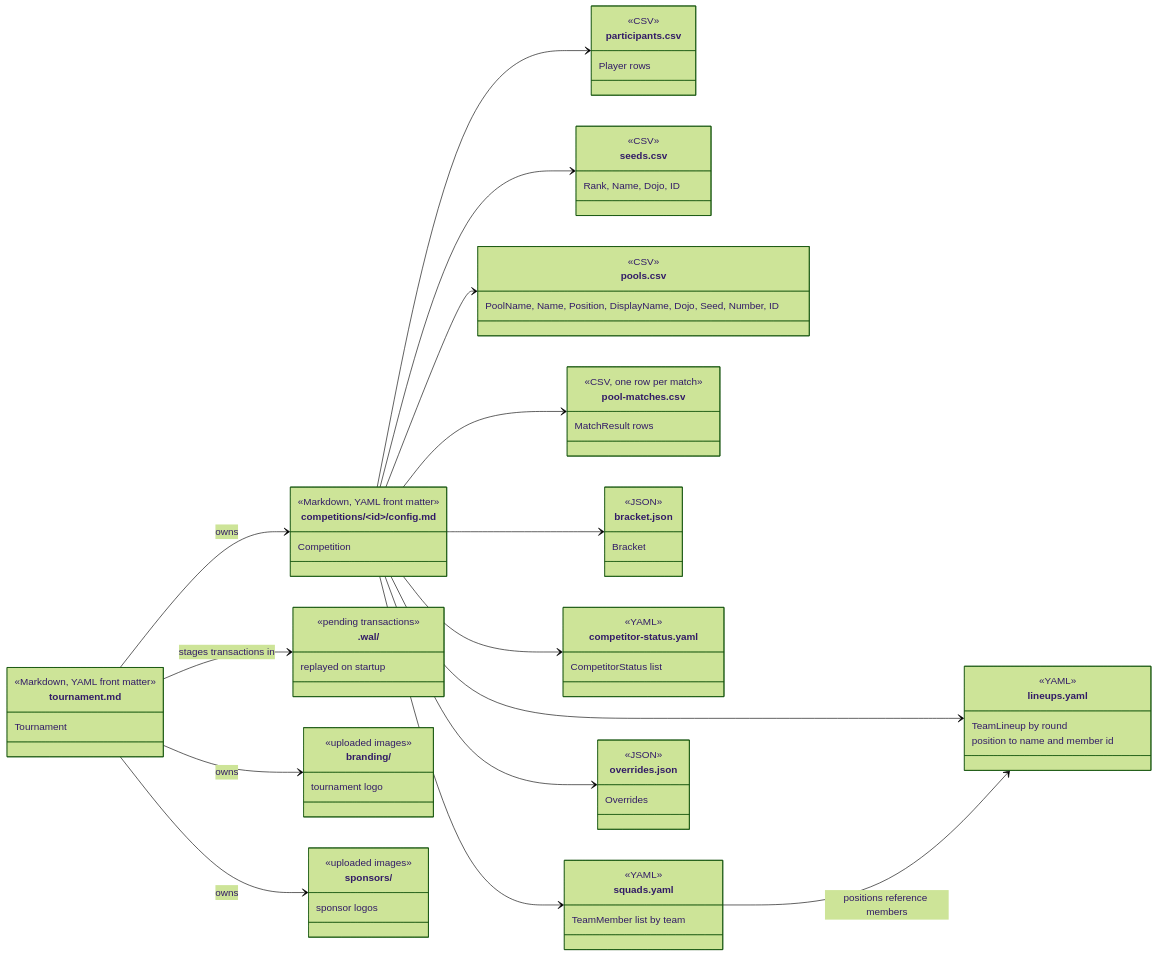
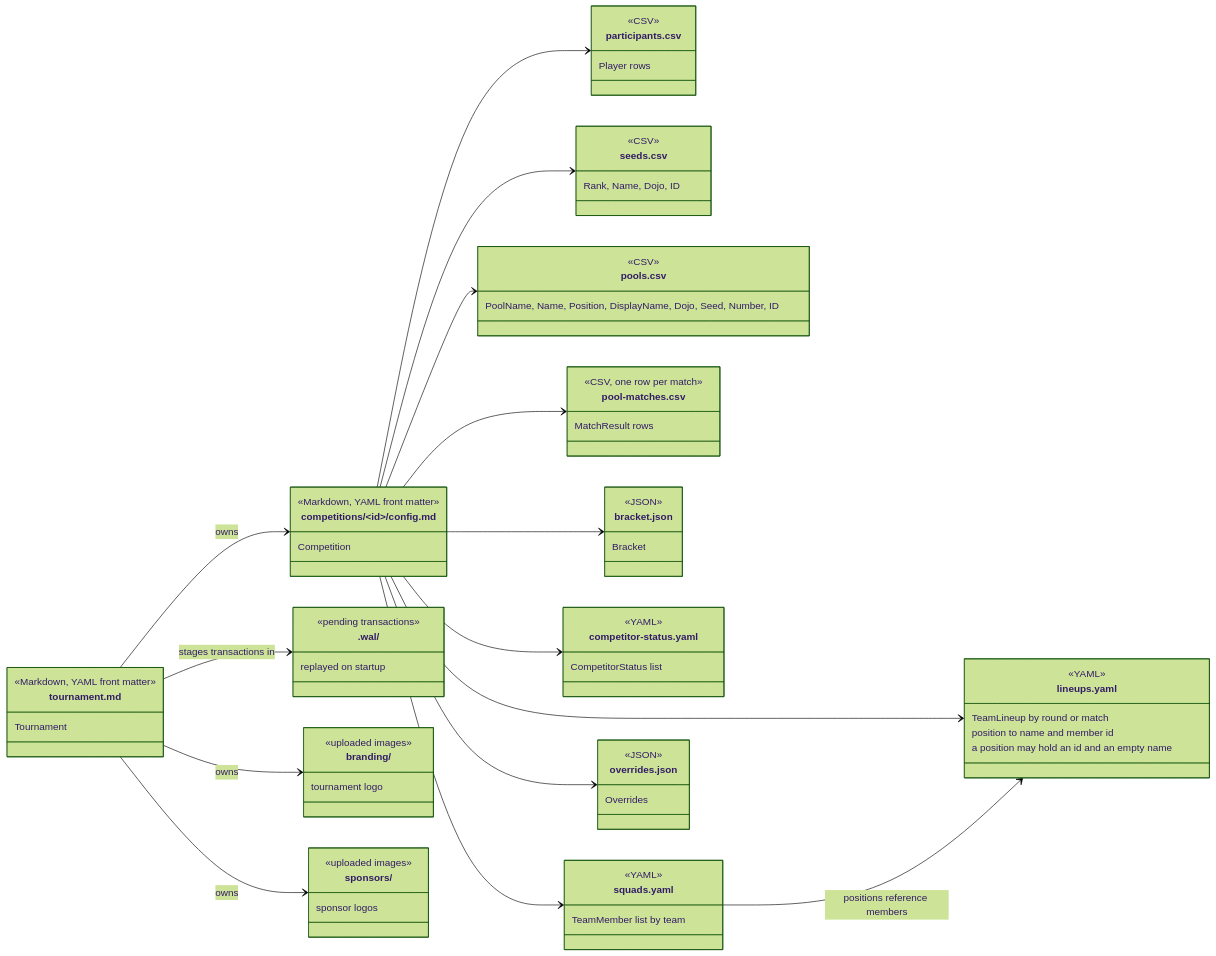
One commit to gitrgoliveira/bracket-creator changed the third of 4 diagrams in docs/architecture/data-model.md. Above: the diagram before and after it, drawn with Mermaid (forest theme). The commit also changed 27 other files, not shown here.

First line of the commit message:
fix(bc-dnst): one position per member, numbered lineup panel, id-only slots fight

````diff
--- a/docs/architecture/data-model.md
+++ b/docs/architecture/data-model.md
@@ -367,77 +367,78 @@
 ```mermaid
 classDiagram
     direction LR
 
     class tournament_md["tournament.md"] {
         <<Markdown, YAML front matter>>
         Tournament
     }
     class config_md["competitions/&lt;id&gt;/config.md"] {
         <<Markdown, YAML front matter>>
         Competition
     }
     class participants_csv["participants.csv"] {
         <<CSV>>
         Player rows
     }
     class seeds_csv["seeds.csv"] {
         <<CSV>>
         Rank, Name, Dojo, ID
     }
     class pools_csv["pools.csv"] {
         <<CSV>>
         PoolName, Name, Position, DisplayName, Dojo, Seed, Number, ID
     }
     class pool_matches_csv["pool-matches.csv"] {
         <<CSV, one row per match>>
         MatchResult rows
     }
     class bracket_json["bracket.json"] {
         <<JSON>>
         Bracket
     }
     class status_yaml["competitor-status.yaml"] {
         <<YAML>>
         CompetitorStatus list
     }
     class lineups_yaml["lineups.yaml"] {
         <<YAML>>
-        TeamLineup by round
+        TeamLineup by round or match
         position to name and member id
+        a position may hold an id and an empty name
     }
     class squads_yaml["squads.yaml"] {
         <<YAML>>
         TeamMember list by team
     }
     class overrides_json["overrides.json"] {
         <<JSON>>
         Overrides
     }
     class wal[".wal/"] {
         <<pending transactions>>
         replayed on startup
     }
     class branding_dir["branding/"] {
         <<uploaded images>>
         tournament logo
     }
     class sponsors_dir["sponsors/"] {
         <<uploaded images>>
         sponsor logos
     }
 
     tournament_md --> config_md : owns
     tournament_md --> branding_dir : owns
     tournament_md --> sponsors_dir : owns
     tournament_md --> wal : stages transactions in
     config_md --> participants_csv
     config_md --> seeds_csv
     config_md --> pools_csv
     config_md --> pool_matches_csv
     config_md --> bracket_json
     config_md --> status_yaml
     config_md --> lineups_yaml
     config_md --> squads_yaml
     config_md --> overrides_json
     squads_yaml --> lineups_yaml : positions reference members
 ```
````
